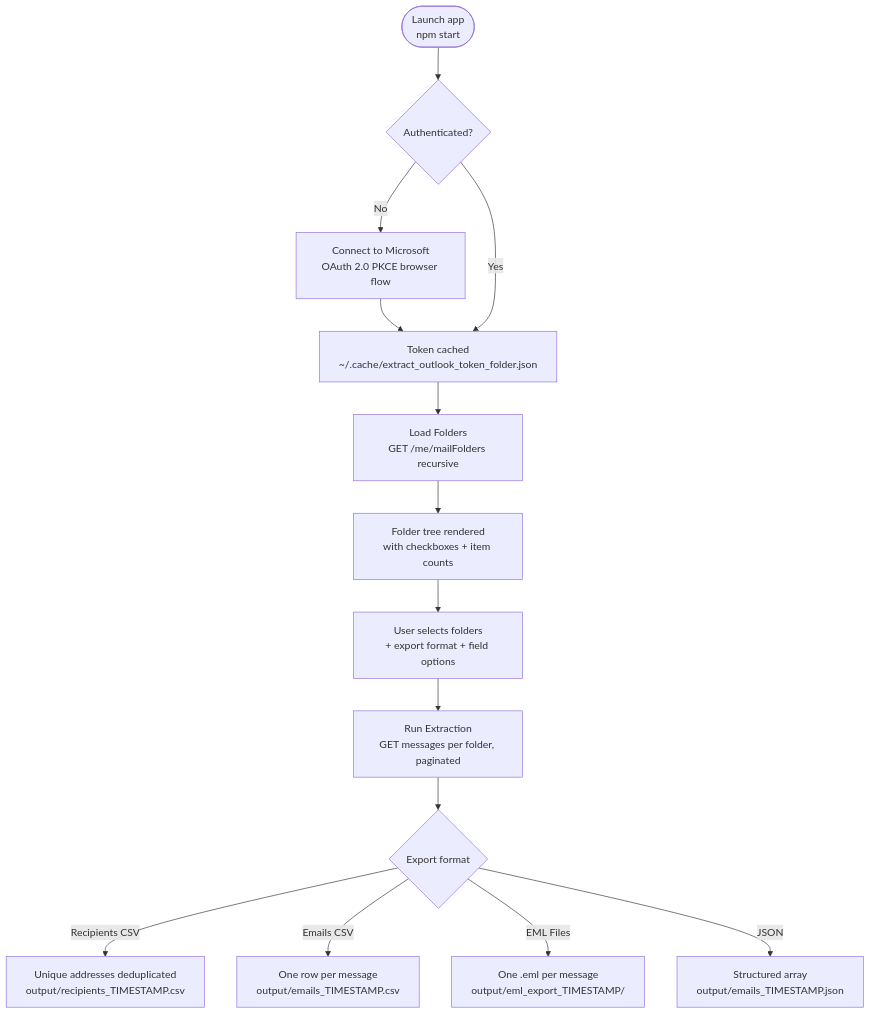
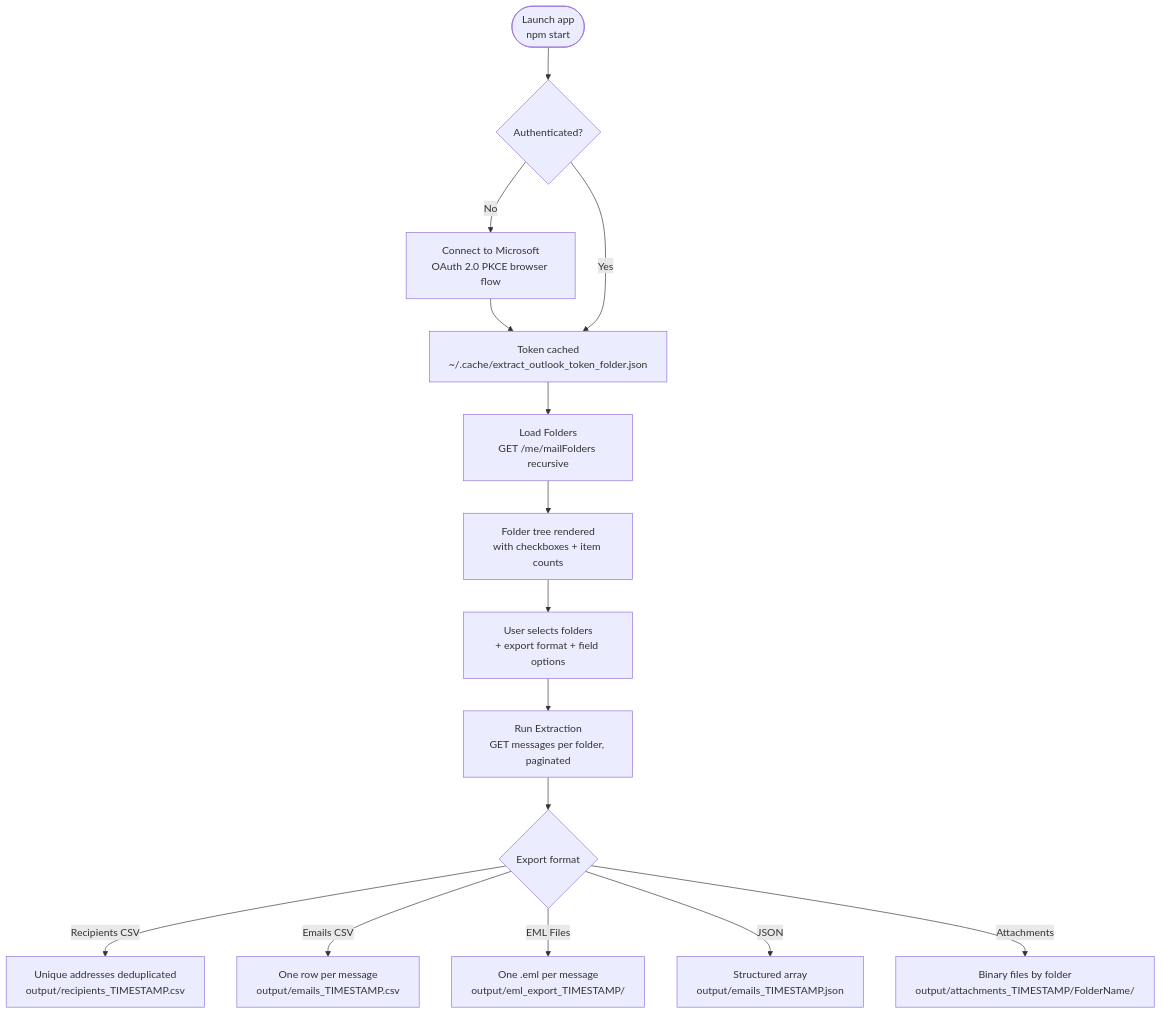
Before and after one commit to aairom/outlook-bob: the diagram in README.md, drawn with Mermaid. The commit also changed other lines of this file and 5 other files, not shown here.

````diff
--- a/README.md
+++ b/README.md
@@ -7,16 +7,17 @@
 ```mermaid
 flowchart TD
     A([Launch app\nnpm start]) --> B{Authenticated?}
     B -- No --> C[Connect to Microsoft\nOAuth 2.0 PKCE browser flow]
     C --> D[Token cached\n~/.cache/extract_outlook_token_folder.json]
     B -- Yes --> D
     D --> E[Load Folders\nGET /me/mailFolders recursive]
     E --> F[Folder tree rendered\nwith checkboxes + item counts]
     F --> G[User selects folders\n+ export format + field options]
     G --> H[Run Extraction\nGET messages per folder, paginated]
     H --> I{Export format}
     I -- Recipients CSV --> J1[Unique addresses deduplicated\noutput/recipients_TIMESTAMP.csv]
     I -- Emails CSV --> J2[One row per message\noutput/emails_TIMESTAMP.csv]
     I -- EML Files --> J3[One .eml per message\noutput/eml_export_TIMESTAMP/]
     I -- JSON --> J4[Structured array\noutput/emails_TIMESTAMP.json]
+    I -- Attachments --> J5[Binary files by folder\noutput/attachments_TIMESTAMP/FolderName/]
 ```
````
